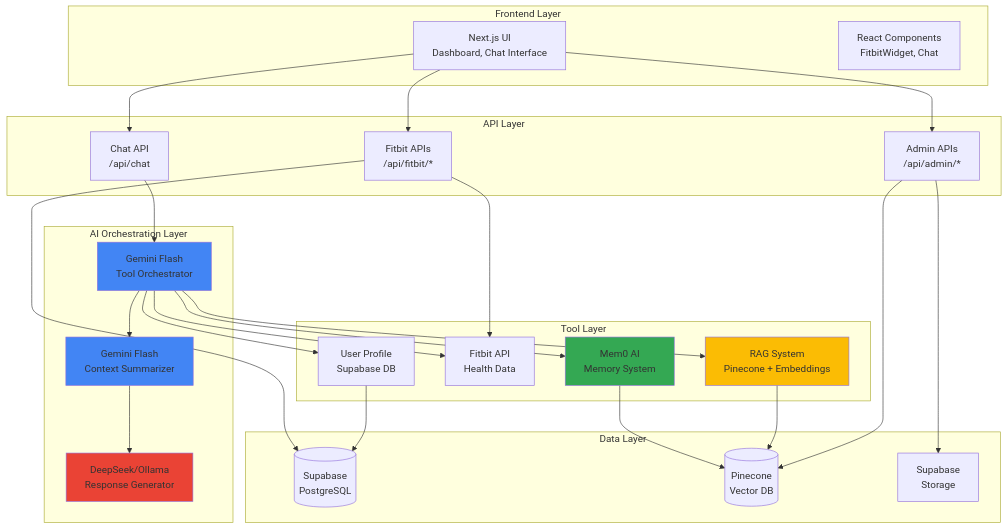
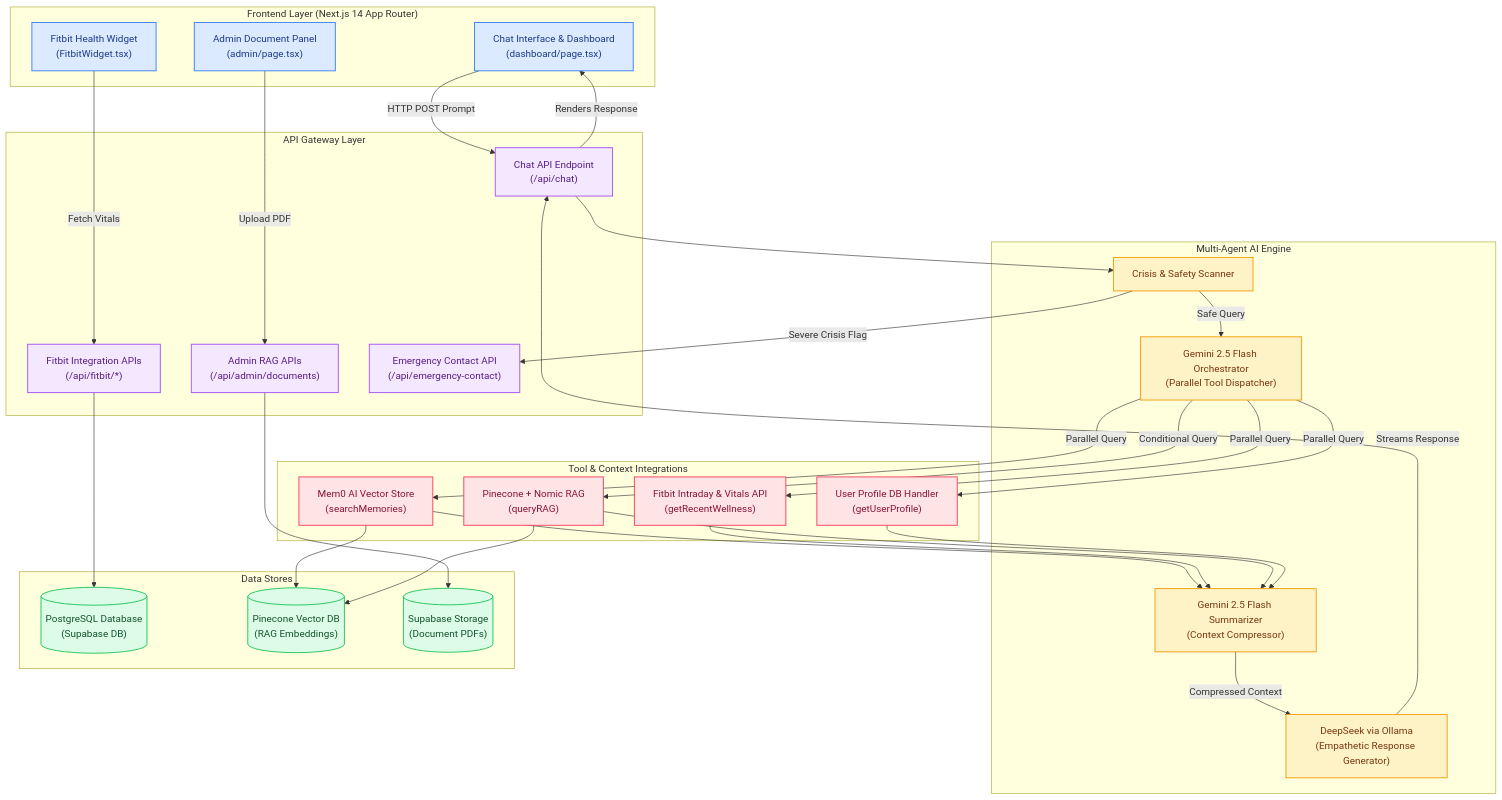
One commit to A5CENSION-SRT/Personalized-Mental-Wellness-Assistant changed the first of 8 diagrams in DIAGRAMS.md. Above: the diagram before and after it, drawn with Mermaid. The commit also changed other lines of this file and 56 other files, not shown here.

````diff
--- a/DIAGRAMS.md
+++ b/DIAGRAMS.md
@@ -27,60 +23,64 @@
 ```mermaid
 graph TB
-    subgraph "Frontend Layer"
-        UI[Next.js UI<br/>Dashboard, Chat Interface]
-        Components[React Components<br/>FitbitWidget, Chat]
+    subgraph Frontend["Frontend Layer (Next.js 14 App Router)"]
+        UI["Chat Interface & Dashboard<br/>(dashboard/page.tsx)"]:::frontend
+        FitbitWidget["Fitbit Health Widget<br/>(FitbitWidget.tsx)"]:::frontend
+        AdminUI["Admin Document Panel<br/>(admin/page.tsx)"]:::frontend
     end
     
-    subgraph "API Layer"
-        ChatAPI[Chat API<br/>/api/chat]
-        FitbitAPI[Fitbit APIs<br/>/api/fitbit/*]
-        AdminAPI[Admin APIs<br/>/api/admin/*]
+    subgraph API["API Gateway Layer"]
+        ChatAPI["Chat API Endpoint<br/>(/api/chat)"]:::api
+        FitbitAPI["Fitbit Integration APIs<br/>(/api/fitbit/*)"]:::api
+        AdminAPI["Admin RAG APIs<br/>(/api/admin/documents)"]:::api
+        EmergencyAPI["Emergency Contact API<br/>(/api/emergency-contact)"]:::api
     end
     
-    subgraph "AI Orchestration Layer"
-        Flash1[Gemini Flash<br/>Tool Orchestrator]
-        Flash2[Gemini Flash<br/>Context Summarizer]
-        DeepSeek[DeepSeek/Ollama<br/>Response Generator]
+    subgraph Orchestration["Multi-Agent AI Engine"]
+        CrisisDetect["Crisis & Safety Scanner"]:::agent
+        FlashOrchestrator["Gemini 2.5 Flash Orchestrator<br/>(Parallel Tool Dispatcher)"]:::agent
+        FlashSummarizer["Gemini 2.5 Flash Summarizer<br/>(Context Compressor)"]:::agent
+        DeepSeek["DeepSeek via Ollama<br/>(Empathetic Response Generator)"]:::agent
     end
     
-    subgraph "Tool Layer"
-        Mem0[Mem0 AI<br/>Memory System]
-        Fitbit[Fitbit API<br/>Health Data]
-        RAG[RAG System<br/>Pinecone + Embeddings]
-        Profile[User Profile<br/>Supabase DB]
+    subgraph Tools["Tool & Context Integrations"]
+        Mem0["Mem0 AI Vector Store<br/>(searchMemories)"]:::external
+        FitbitClient["Fitbit Intraday & Vitals API<br/>(getRecentWellness)"]:::external
+        RAGSystem["Pinecone + Nomic RAG<br/>(queryRAG)"]:::external
+        UserProfile["User Profile DB Handler<br/>(getUserProfile)"]:::external
     end
     
-    subgraph "Data Layer"
-        DB[(Supabase<br/>PostgreSQL)]
-        Vector[(Pinecone<br/>Vector DB)]
-        Storage[Supabase<br/>Storage]
+    subgraph Data["Data Stores"]
+        DB[("PostgreSQL Database<br/>(Supabase DB)")]:::database
+        VectorDB[("Pinecone Vector DB<br/>(RAG Embeddings)")]:::database
+        Storage[("Supabase Storage<br/>(Document PDFs)")]:::database
     end
     
-    UI --> ChatAPI
-    UI --> FitbitAPI
-    UI --> AdminAPI
+    UI -->|HTTP POST Prompt| ChatAPI
+    FitbitWidget -->|Fetch Vitals| FitbitAPI
+    AdminUI -->|Upload PDF| AdminAPI
     
-    ChatAPI --> Flash1
-    Flash1 --> Mem0
-    Flash1 --> Fitbit
-    Flash1 --> RAG
-    Flash1 --> Profile
+    ChatAPI --> CrisisDetect
+    CrisisDetect -->|Severe Crisis Flag| EmergencyAPI
+    CrisisDetect -->|Safe Query| FlashOrchestrator
     
-    Flash1 --> Flash2
-    Flash2 --> DeepSeek
+    FlashOrchestrator -->|Parallel Query| Mem0
+    FlashOrchestrator -->|Parallel Query| FitbitClient
+    FlashOrchestrator -->|Conditional Query| RAGSystem
+    FlashOrchestrator -->|Parallel Query| UserProfile
     
-    FitbitAPI --> Fitbit
+    Mem0 & FitbitClient & RAGSystem & UserProfile --> FlashSummarizer
+    FlashSummarizer -->|Compressed Context| DeepSeek
+    DeepSeek -->|Streams Response| ChatAPI
+    ChatAPI -->|Renders Response| UI
+    
     FitbitAPI --> DB
-    
-    Mem0 --> Vector
-    RAG --> Vector
-    Profile --> DB
+    Mem0 --> VectorDB
+    RAGSystem --> VectorDB
     AdminAPI --> Storage
-    AdminAPI --> Vector
-    
-    style Flash1 fill:#4285f4
-    style Flash2 fill:#4285f4
-    style DeepSeek fill:#ea4335
-    style Mem0 fill:#34a853
-    style RAG fill:#fbbc04
+
+    classDef frontend fill:#dbeafe,stroke:#3b82f6,stroke-width:1.5px,color:#1e3a8a;
+    classDef api fill:#f3e8ff,stroke:#a855f7,stroke-width:1.5px,color:#581c87;
+    classDef agent fill:#fef3c7,stroke:#f59e0b,stroke-width:1.5px,color:#78350f;
+    classDef database fill:#dcfce7,stroke:#22c55e,stroke-width:1.5px,color:#14532d;
+    classDef external fill:#ffe4e6,stroke:#f43f5e,stroke-width:1.5px,color:#881337;
 ```
````
